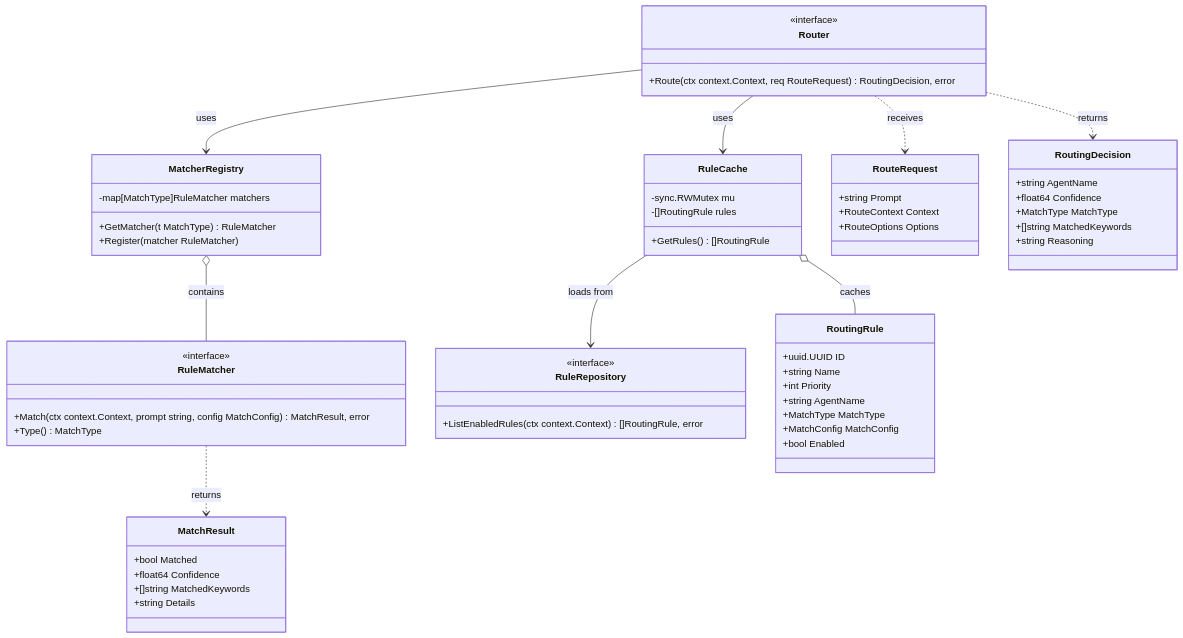
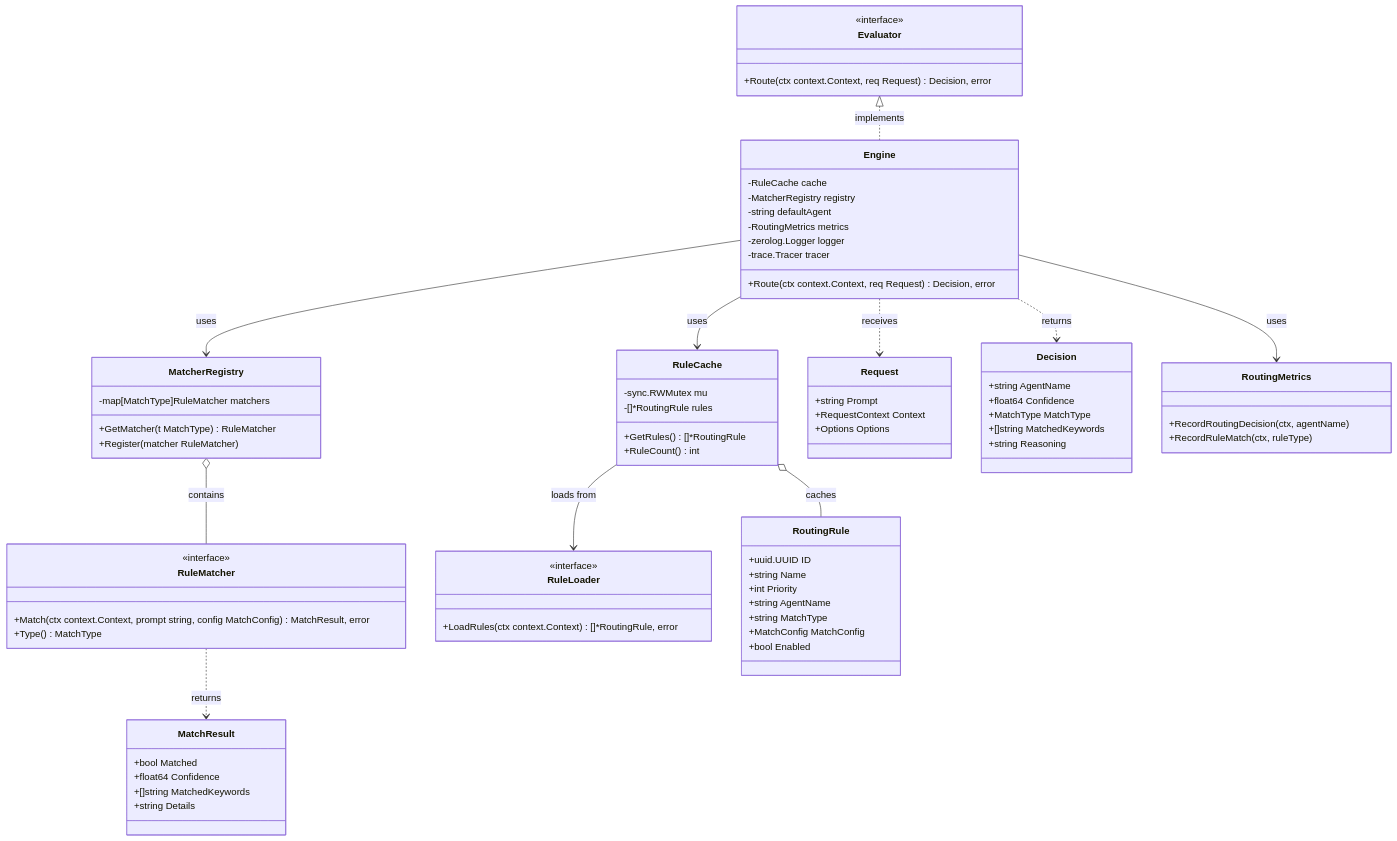
The fifth of 19 diagrams in docs/design/routing-engine.md (twistingmercury/mnemonic-mcp), drawn with Mermaid before and after one commit. The commit also changed other lines of this file and 17 other files, not shown here.

```diff
--- a/docs/design/routing-engine.md
+++ b/docs/design/routing-engine.md
@@ -285,15 +295,26 @@
 classDiagram
     direction TB
 
-    class Router {
+    class Evaluator {
         <<interface>>
-        +Route(ctx context.Context, req RouteRequest) RoutingDecision, error
+        +Route(ctx context.Context, req Request) Decision, error
+    }
+
+    class Engine {
+        -RuleCache cache
+        -MatcherRegistry registry
+        -string defaultAgent
+        -RoutingMetrics metrics
+        -zerolog.Logger logger
+        -trace.Tracer tracer
+        +Route(ctx context.Context, req Request) Decision, error
     }
 
     class RuleCache {
         -sync.RWMutex mu
-        -[]RoutingRule rules
-        +GetRules() []RoutingRule
+        -[]*RoutingRule rules
+        +GetRules() []*RoutingRule
+        +RuleCount() int
     }
 
     class MatcherRegistry {
@@ -308,18 +329,18 @@
         +Type() MatchType
     }
 
-    class RuleRepository {
+    class RuleLoader {
         <<interface>>
-        +ListEnabledRules(ctx context.Context) []RoutingRule, error
+        +LoadRules(ctx context.Context) []*RoutingRule, error
     }
 
-    class RouteRequest {
+    class Request {
         +string Prompt
-        +RouteContext Context
-        +RouteOptions Options
+        +RequestContext Context
+        +Options Options
     }
 
-    class RoutingDecision {
+    class Decision {
         +string AgentName
         +float64 Confidence
         +MatchType MatchType
@@ -332,7 +353,7 @@
         +string Name
         +int Priority
         +string AgentName
-        +MatchType MatchType
+        +string MatchType
         +MatchConfig MatchConfig
         +bool Enabled
     }
@@ -344,11 +365,18 @@
         +string Details
     }
 
-    Router --> RuleCache : uses
-    Router --> MatcherRegistry : uses
-    Router ..> RouteRequest : receives
-    Router ..> RoutingDecision : returns
-    RuleCache --> RuleRepository : loads from
+    class RoutingMetrics {
+        +RecordRoutingDecision(ctx, agentName)
+        +RecordRuleMatch(ctx, ruleType)
+    }
+
+    Evaluator <|.. Engine : implements
+    Engine --> RuleCache : uses
+    Engine --> MatcherRegistry : uses
+    Engine --> RoutingMetrics : uses
+    Engine ..> Request : receives
+    Engine ..> Decision : returns
+    RuleCache --> RuleLoader : loads from
     RuleCache o-- RoutingRule : caches
     MatcherRegistry o-- RuleMatcher : contains
     RuleMatcher ..> MatchResult : returns
```
